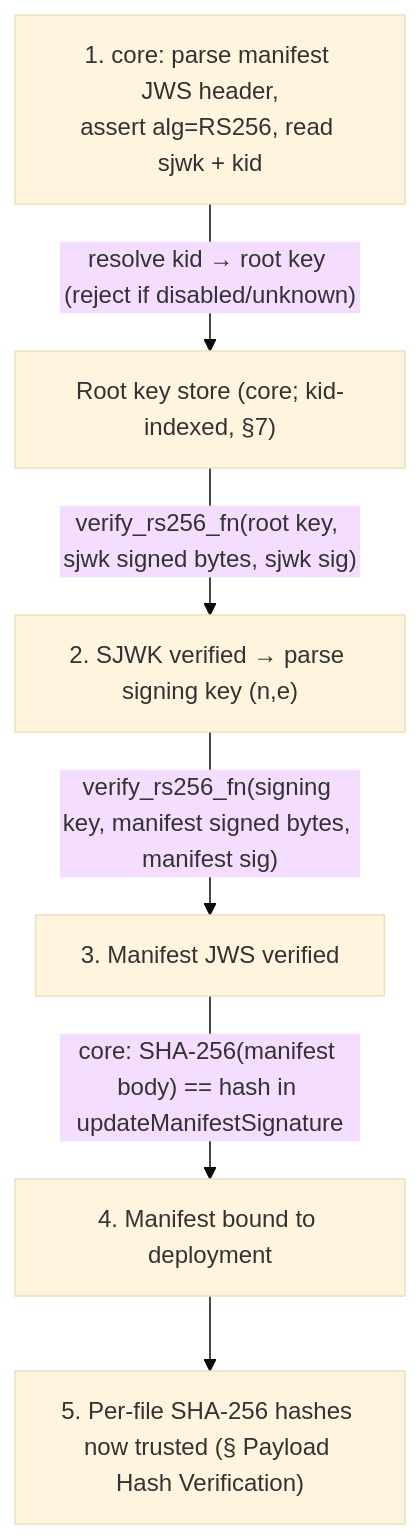
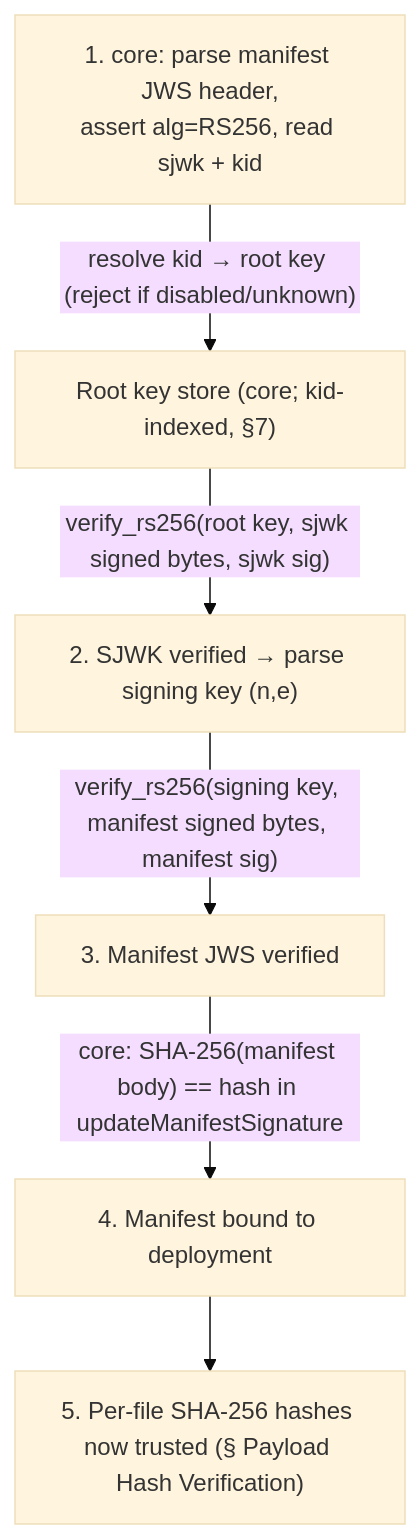
The fifth of 6 diagrams in c/docs/eng/software-updates.md (Azure/azure-iot-sdk), drawn with Mermaid (base theme) before and after one commit. The commit also changed other lines of this file and 67 other files, not shown here.

````diff
--- a/c/docs/eng/software-updates.md
+++ b/c/docs/eng/software-updates.md
@@ -1223,10 +1172,10 @@
 ```mermaid
 graph TD
     RK["Root key store (core; kid-indexed, §7)"]
     H1["1. core: parse manifest JWS header,<br/>assert alg=RS256, read sjwk + kid"]
     H1 -->|"resolve kid → root key (reject if disabled/unknown)"| RK
-    RK -->|"verify_rs256_fn(root key, sjwk signed bytes, sjwk sig)"| SJWK["2. SJWK verified → parse signing key (n,e)"]
-    SJWK -->|"verify_rs256_fn(signing key, manifest signed bytes, manifest sig)"| M["3. Manifest JWS verified"]
+    RK -->|"verify_rs256(root key, sjwk signed bytes, sjwk sig)"| SJWK["2. SJWK verified → parse signing key (n,e)"]
+    SJWK -->|"verify_rs256(signing key, manifest signed bytes, manifest sig)"| M["3. Manifest JWS verified"]
     M -->|"core: SHA-256(manifest body) == hash in updateManifestSignature"| BIND["4. Manifest bound to deployment"]
     BIND --> F["5. Per-file SHA-256 hashes now trusted (§ Payload Hash Verification)"]
 ```
````
